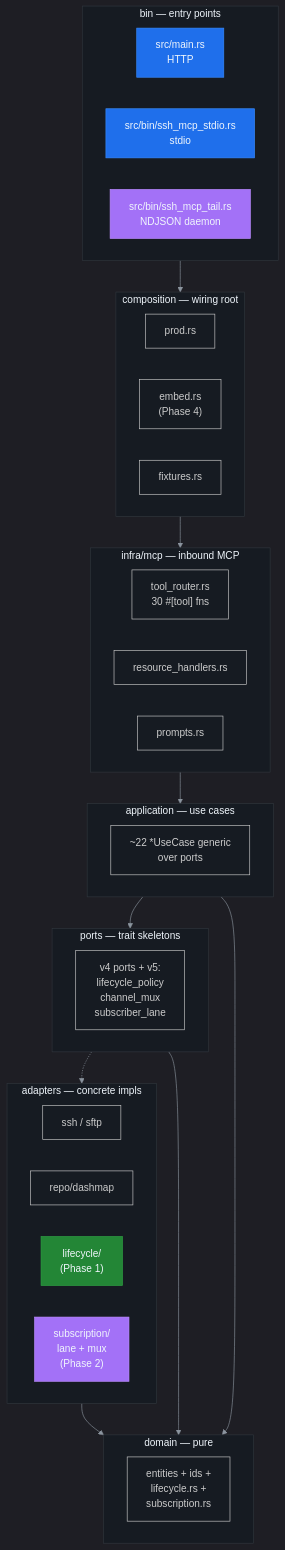
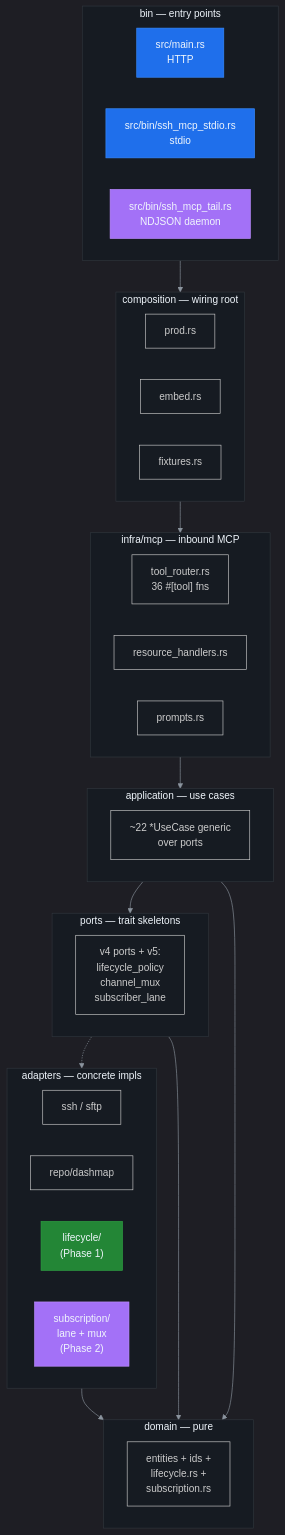
One commit to farchanjo/ssh-mcp changed the first of 3 diagrams in CLAUDE.md. Above: the diagram before and after it, drawn with Mermaid. The commit also changed other lines of this file and 5 other files, not shown here.

````diff
--- a/CLAUDE.md
+++ b/CLAUDE.md
@@ -26,56 +26,56 @@
 ```mermaid
 %%{init: {'theme':'dark','themeVariables':{'primaryColor':'#1f6feb','primaryTextColor':'#f0f6fc','primaryBorderColor':'#388bfd','lineColor':'#8b949e','secondaryColor':'#161b22','tertiaryColor':'#21262d','background':'#0d1117','mainBkg':'#161b22','secondBkg':'#21262d','tertiaryBkg':'#0d1117','nodeTextColor':'#f0f6fc','edgeLabelBackground':'#21262d','clusterBkg':'#161b22','clusterBorder':'#30363d','titleColor':'#f0f6fc'}}}%%
 flowchart TB
     subgraph BIN["bin — entry points"]
         HTTP["src/main.rs<br/>HTTP"]
         STDIO["src/bin/ssh_mcp_stdio.rs<br/>stdio"]
         TAIL["src/bin/ssh_mcp_tail.rs<br/>NDJSON daemon"]
     end
     subgraph COMP["composition — wiring root"]
         PROD["prod.rs"]
-        EMBED["embed.rs<br/>(Phase 4)"]
+        EMBED["embed.rs"]
         FIX["fixtures.rs"]
     end
     subgraph INFRA["infra/mcp — inbound MCP"]
-        TR["tool_router.rs<br/>30 #[tool] fns"]
+        TR["tool_router.rs<br/>36 #[tool] fns"]
         RES["resource_handlers.rs"]
         PROMPTS["prompts.rs"]
     end
     subgraph APP["application — use cases"]
         UC["~22 *UseCase generic<br/>over ports"]
     end
     subgraph PORTS["ports — trait skeletons"]
         VPORTS["v4 ports + v5:<br/>lifecycle_policy<br/>channel_mux<br/>subscriber_lane"]
     end
     subgraph ADAPT["adapters — concrete impls"]
         RUSSH["ssh / sftp"]
         REPO["repo/dashmap"]
         LIFE["lifecycle/<br/>(Phase 1)"]
         SUBLANE["subscription/<br/>lane + mux<br/>(Phase 2)"]
     end
     subgraph DOMAIN["domain — pure"]
         ENT["entities + ids +<br/>lifecycle.rs +<br/>subscription.rs"]
     end
 
     BIN --> COMP
     COMP --> INFRA
     INFRA --> APP
     APP --> PORTS
     PORTS -.-> ADAPT
     ADAPT --> DOMAIN
     APP --> DOMAIN
     PORTS --> DOMAIN
 
     style BIN fill:#161b22,color:#f0f6fc,stroke:#30363d
     style COMP fill:#161b22,color:#f0f6fc,stroke:#30363d
     style INFRA fill:#161b22,color:#f0f6fc,stroke:#30363d
     style APP fill:#161b22,color:#f0f6fc,stroke:#30363d
     style PORTS fill:#161b22,color:#f0f6fc,stroke:#30363d
     style ADAPT fill:#161b22,color:#f0f6fc,stroke:#30363d
     style DOMAIN fill:#161b22,color:#f0f6fc,stroke:#30363d
     style HTTP fill:#1f6feb,color:#f0f6fc,stroke:#388bfd
     style STDIO fill:#1f6feb,color:#f0f6fc,stroke:#388bfd
     style TAIL fill:#a371f7,color:#f0f6fc,stroke:#bc8cff
     style LIFE fill:#238636,color:#f0f6fc,stroke:#2ea043
     style SUBLANE fill:#a371f7,color:#f0f6fc,stroke:#bc8cff
 ```
````
